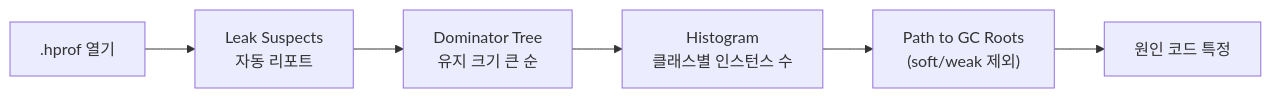
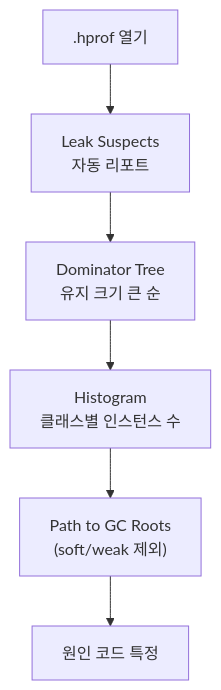
Before and after one commit to johnycho/johny-dev: the diagram in blog/2026-08-13-jvm-heap-dump-analysis.mdx, drawn with Mermaid. The commit also changed 20 other files, not shown here.

First line of the commit message:
기술 글 다수 추가 및 다이어그램·톤 정리

````diff
--- a/blog/2026-08-13-jvm-heap-dump-analysis.mdx
+++ b/blog/2026-08-13-jvm-heap-dump-analysis.mdx
@@ -92,8 +92,8 @@
 ```mermaid
-flowchart LR
+flowchart TB
     D[".hprof 열기"] --> S["Leak Suspects<br/>자동 리포트"]
     S --> T["Dominator Tree<br/>유지 크기 큰 순"]
     T --> H["Histogram<br/>클래스별 인스턴스 수"]
     H --> P["Path to GC Roots<br/>(soft/weak 제외)"]
     P --> F["원인 코드 특정"]
 ```
````
